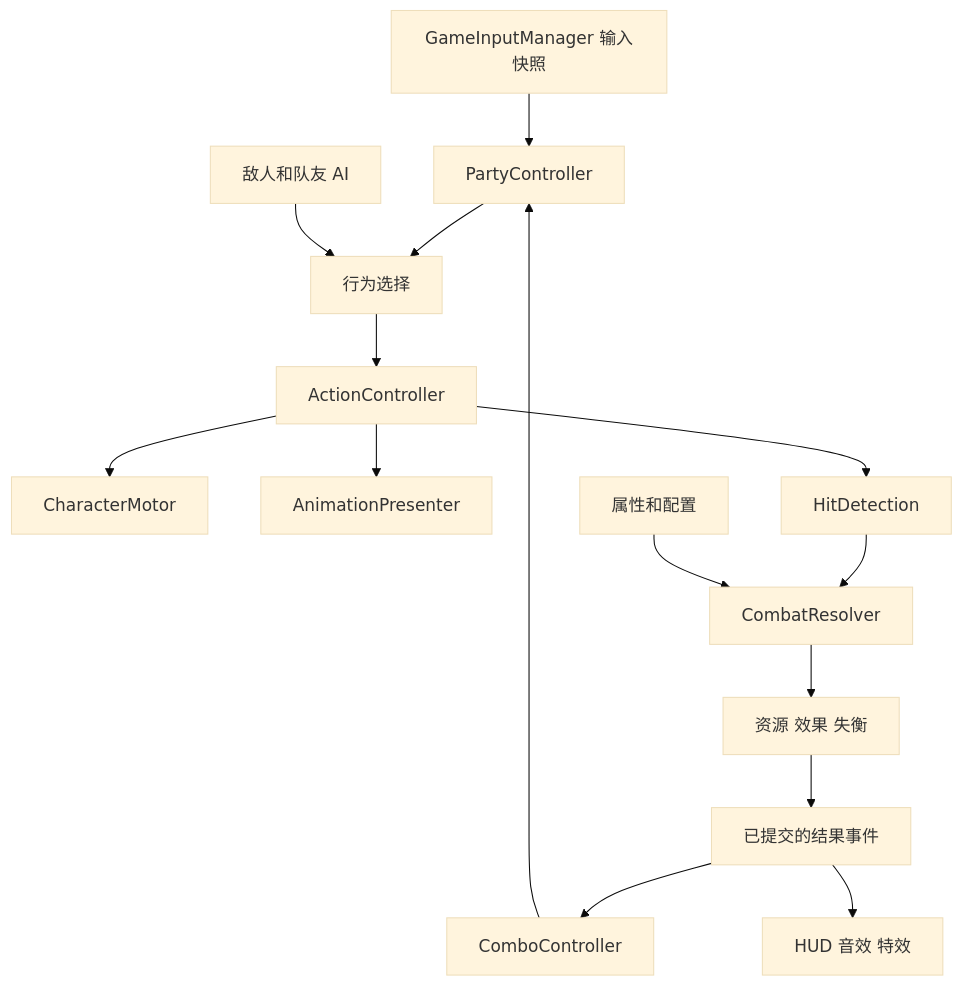
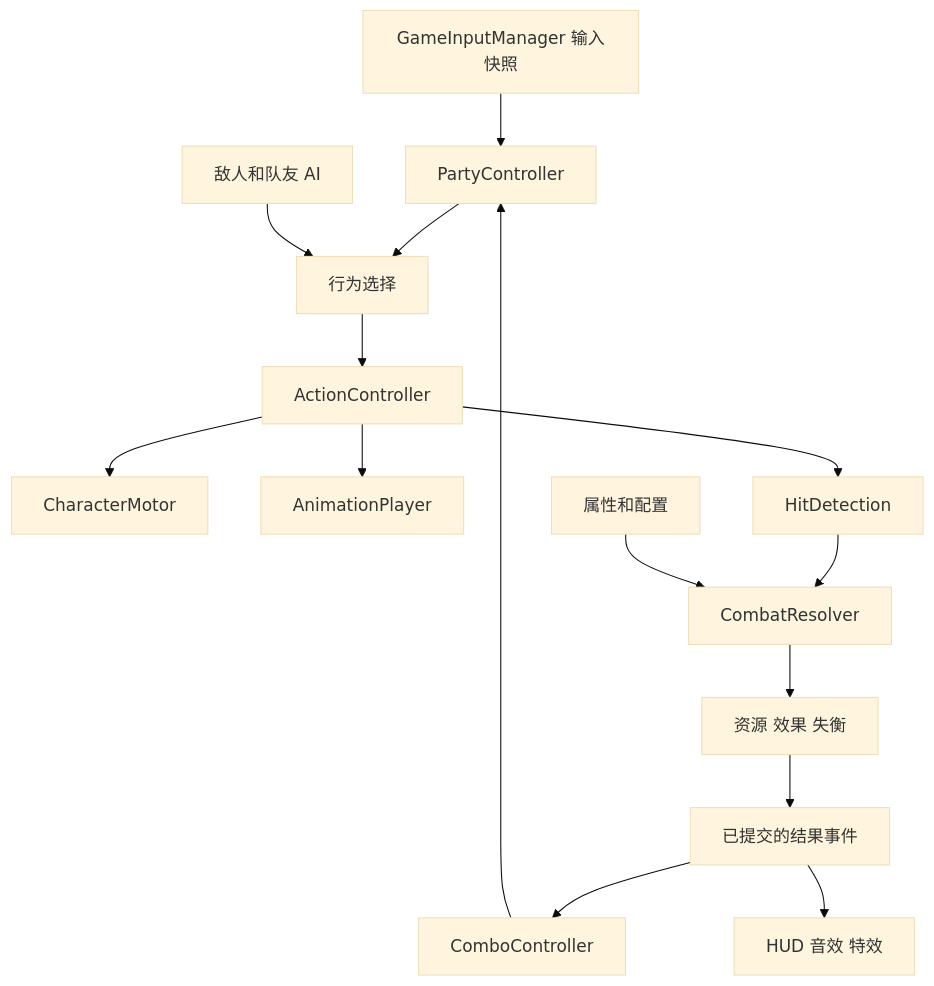
One commit to emt11/Arknights-Endfield-Demo changed the second of 2 diagrams in Docs/战斗系统完整规划.md. Above: the diagram before and after it, drawn with Mermaid (base theme). The commit also changed other lines of this file and 153 other files, not shown here.

````diff
--- a/Docs/战斗系统完整规划.md
+++ b/Docs/战斗系统完整规划.md
@@ -159,17 +166,17 @@
 ```mermaid
 flowchart TD
     Player[GameInputManager 输入快照] --> Party[PartyController]
     Party --> Behavior[行为选择]
     AI[敌人和队友 AI] --> Behavior
     Behavior --> Action[ActionController]
     Action --> Motor[CharacterMotor]
-    Action --> Animation[AnimationPresenter]
+    Action --> Animation[AnimationPlayer]
     Action --> Hit[HitDetection]
     Hit --> Combat[CombatResolver]
     Stats[属性和配置] --> Combat
     Combat --> Runtime[资源 效果 失衡]
     Runtime --> Events[已提交的结果事件]
     Events --> Combo[ComboController]
     Combo --> Party
     Events --> Presentation[HUD 音效 特效]
 ```
````
